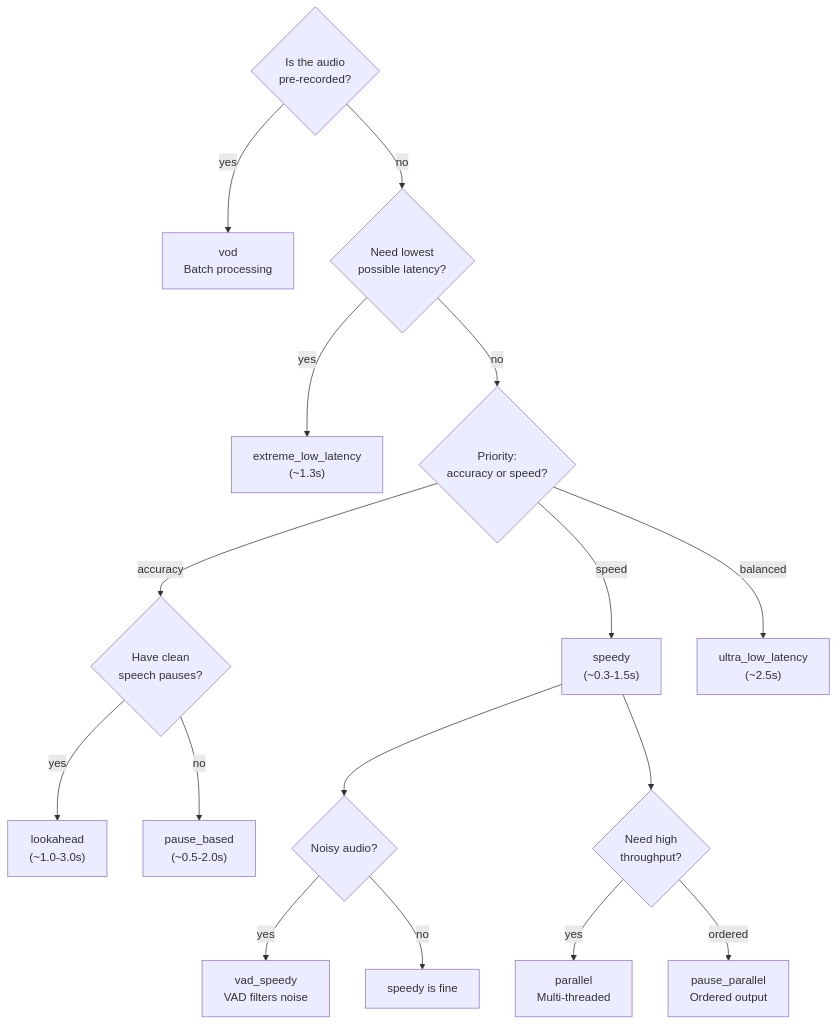
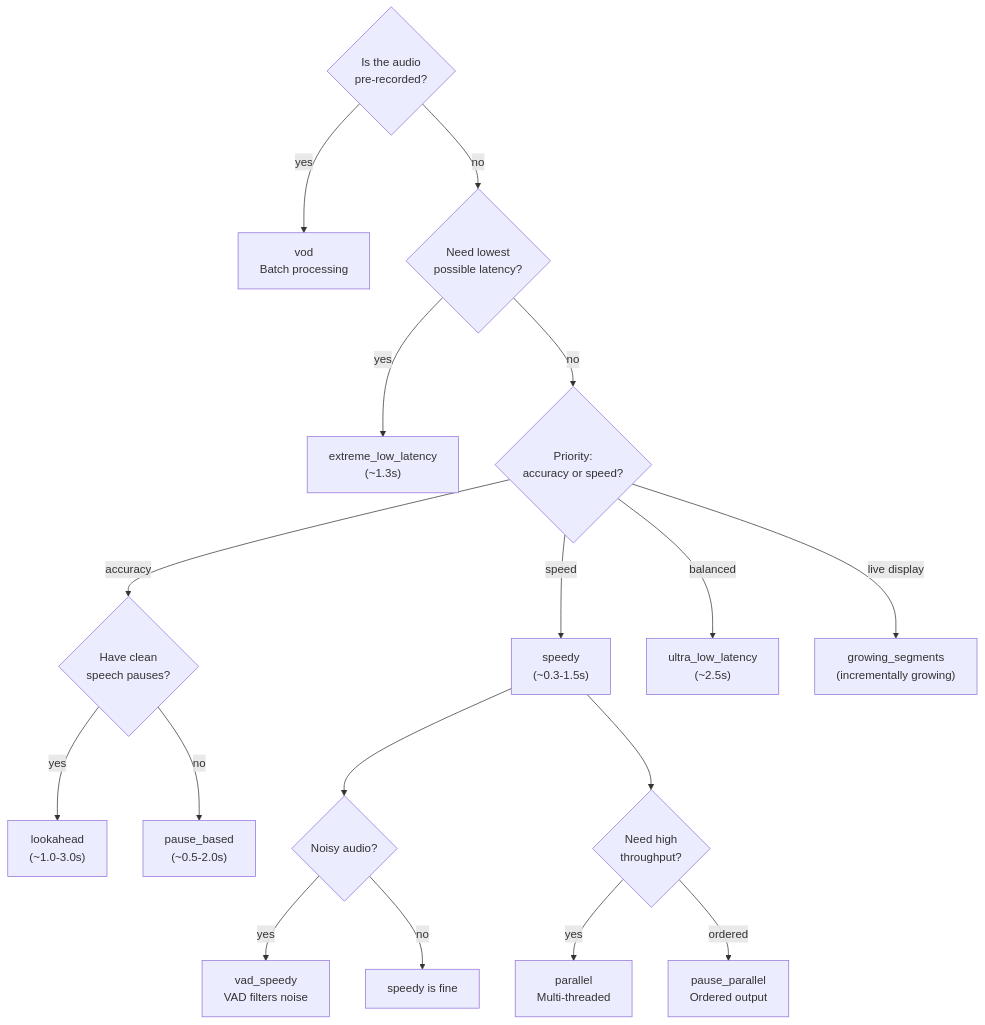
One commit to gjovanov/parakeet-rs changed the first of 5 diagrams in docs/transcription-modes.md. Above: the diagram before and after it, drawn with Mermaid. The commit also changed other lines of this file and 3 other files, not shown here.

````diff
--- a/docs/transcription-modes.md
+++ b/docs/transcription-modes.md
@@ -27,24 +28,25 @@
 ```mermaid
 flowchart TD
     START{Is the audio<br/>pre-recorded?}
     START -- yes --> VOD["vod<br/>Batch processing"]
     START -- no --> LIVE{Need lowest<br/>possible latency?}
 
     LIVE -- yes --> EXTREME["extreme_low_latency<br/>(~1.3s)"]
     LIVE -- no --> QUALITY{Priority:<br/>accuracy or speed?}
 
     QUALITY -- accuracy --> LOOK{Have clean<br/>speech pauses?}
     QUALITY -- speed --> SPEEDY["speedy<br/>(~0.3-1.5s)"]
     QUALITY -- balanced --> ULL["ultra_low_latency<br/>(~2.5s)"]
+    QUALITY -- "live display" --> GS["growing_segments<br/>(incrementally growing)"]
 
     LOOK -- yes --> LA["lookahead<br/>(~1.0-3.0s)"]
     LOOK -- no --> PB["pause_based<br/>(~0.5-2.0s)"]
 
     SPEEDY --> NOISY{Noisy audio?}
     NOISY -- yes --> VADS["vad_speedy<br/>VAD filters noise"]
     NOISY -- no --> SPEEDY_OK["speedy is fine"]
 
     SPEEDY --> THROUGHPUT{Need high<br/>throughput?}
     THROUGHPUT -- yes --> PARALLEL["parallel<br/>Multi-threaded"]
     THROUGHPUT -- ordered --> PP["pause_parallel<br/>Ordered output"]
 ```
````
